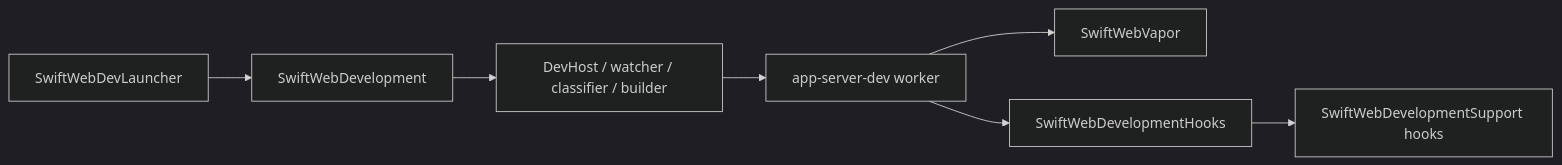
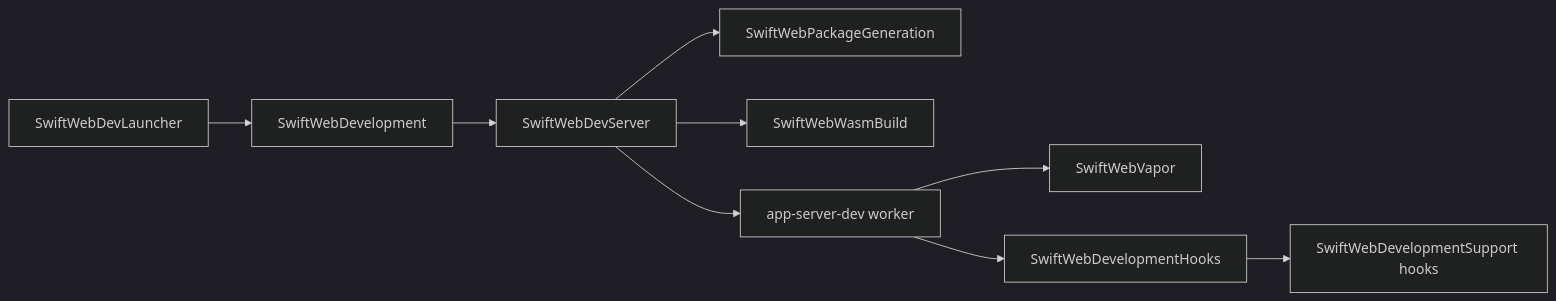
Before and after one commit to 1amageek/swift-web: the fifth of 6 diagrams in Sources/SwiftWebDevelopment/README.md, drawn with Mermaid (dark theme). The commit also changed other lines of this file and 354 other files, not shown here.

Commit message:
Separate runtime modules and standardize WASM support

````diff
--- a/Sources/SwiftWebDevelopment/README.md
+++ b/Sources/SwiftWebDevelopment/README.md
@@ -105,9 +115,11 @@
 ```mermaid
 flowchart LR
   A["SwiftWebDevLauncher"] --> B["SwiftWebDevelopment"]
-  B --> C["DevHost / watcher / classifier / builder"]
-  C --> D["app-server-dev worker"]
-  D --> E["SwiftWebVapor"]
-  D --> F["SwiftWebDevelopmentHooks"]
-  F --> G["SwiftWebDevelopmentSupport hooks"]
+  B --> C["SwiftWebDevServer"]
+  C --> D["SwiftWebPackageGeneration"]
+  C --> E["SwiftWebWasmBuild"]
+  C --> F["app-server-dev worker"]
+  F --> G["SwiftWebVapor"]
+  F --> H["SwiftWebDevelopmentHooks"]
+  H --> I["SwiftWebDevelopmentSupport hooks"]
 ```
````
